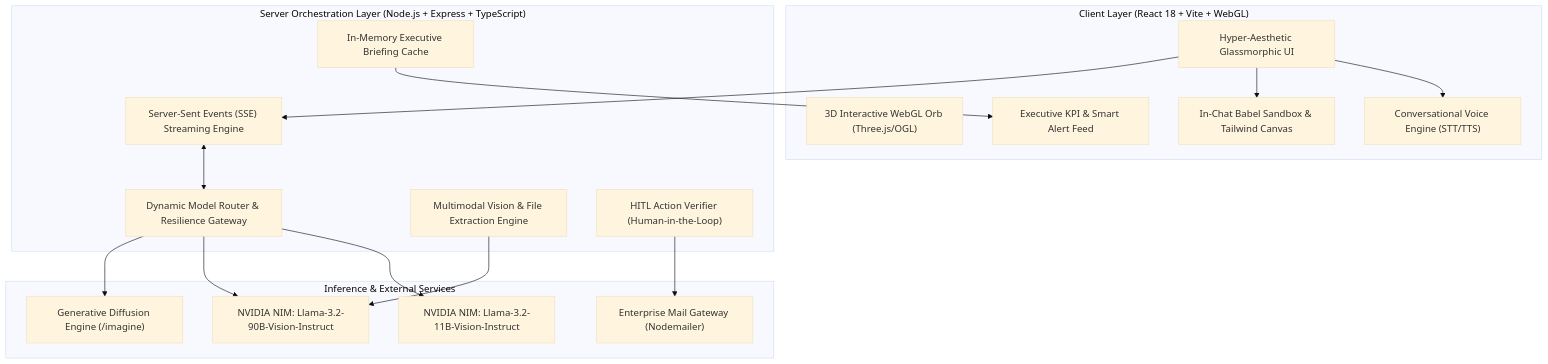
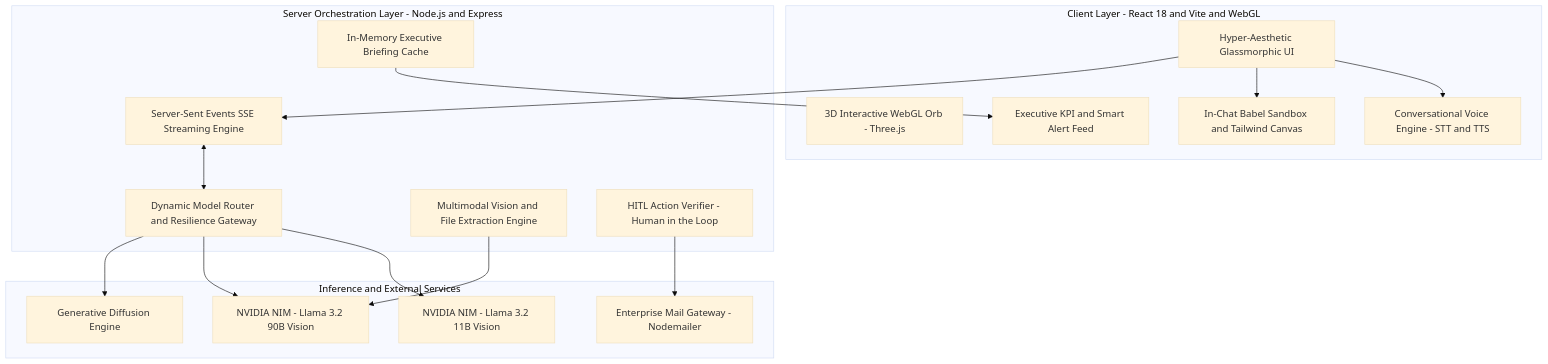
One commit to mannietech15/Oryn changed the diagram in README.md. Above: the diagram before and after it, drawn with Mermaid (base theme).

Commit message:
fix(readme): resolve GitHub mermaid rendering error with compliant flowchart syntax

````diff
--- a/README.md
+++ b/README.md
@@ -43,36 +43,36 @@
 ```mermaid
-graph TD
-    subgraph Client ["Client Layer (React 18 + Vite + WebGL)"]
-        UI["Hyper-Aesthetic Glassmorphic UI"]
-        Orb["3D Interactive WebGL Orb (Three.js/OGL)"]
-        Voice["Conversational Voice Engine (STT/TTS)"]
-        Sandbox["In-Chat Babel Sandbox & Tailwind Canvas"]
-        Feed["Executive KPI & Smart Alert Feed"]
+flowchart TD
+    subgraph Client [Client Layer - React 18 and Vite and WebGL]
+        UI[Hyper-Aesthetic Glassmorphic UI]
+        Orb[3D Interactive WebGL Orb - Three.js]
+        Voice[Conversational Voice Engine - STT and TTS]
+        Sandbox[In-Chat Babel Sandbox and Tailwind Canvas]
+        Feed[Executive KPI and Smart Alert Feed]
     end
 
-    subgraph Server ["Server Orchestration Layer (Node.js + Express + TypeScript)"]
-        Router["Dynamic Model Router & Resilience Gateway"]
-        SSE["Server-Sent Events (SSE) Streaming Engine"]
-        Analysis["Multimodal Vision & File Extraction Engine"]
-        Safety["HITL Action Verifier (Human-in-the-Loop)"]
-        BriefingCache["In-Memory Executive Briefing Cache"]
+    subgraph Server [Server Orchestration Layer - Node.js and Express]
+        Router[Dynamic Model Router and Resilience Gateway]
+        SSE[Server-Sent Events SSE Streaming Engine]
+        Analysis[Multimodal Vision and File Extraction Engine]
+        Safety[HITL Action Verifier - Human in the Loop]
+        BriefingCache[In-Memory Executive Briefing Cache]
     end
 
-    subgraph Intelligence ["Inference & External Services"]
-        NvidiaDef["NVIDIA NIM: Llama-3.2-11B-Vision-Instruct"]
-        NvidiaPro["NVIDIA NIM: Llama-3.2-90B-Vision-Instruct"]
-        Pollinations["Generative Diffusion Engine (/imagine)"]
-        SMTP["Enterprise Mail Gateway (Nodemailer)"]
+    subgraph Intelligence [Inference and External Services]
+        NvidiaDef[NVIDIA NIM - Llama 3.2 11B Vision]
+        NvidiaPro[NVIDIA NIM - Llama 3.2 90B Vision]
+        Pollinations[Generative Diffusion Engine]
+        SMTP[Enterprise Mail Gateway - Nodemailer]
     end
 
     UI --> Voice
     UI --> Sandbox
     UI --> SSE
     SSE <--> Router
     Router --> NvidiaDef
     Router --> NvidiaPro
     Router --> Pollinations
     Safety --> SMTP
     Analysis --> NvidiaPro
     BriefingCache --> Feed
 ```
````
